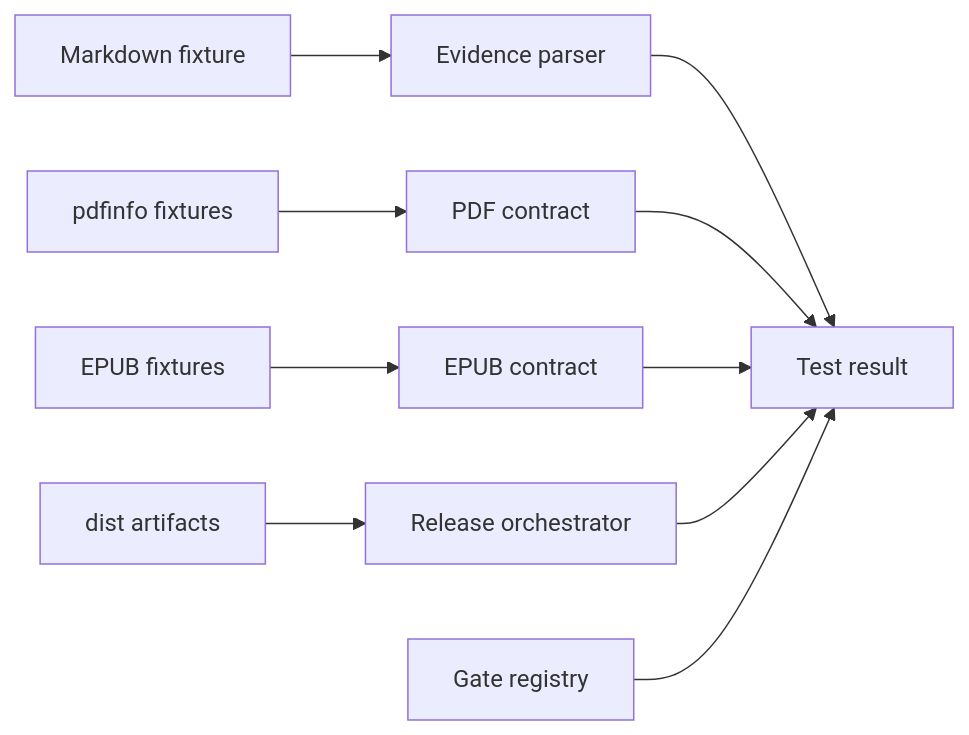
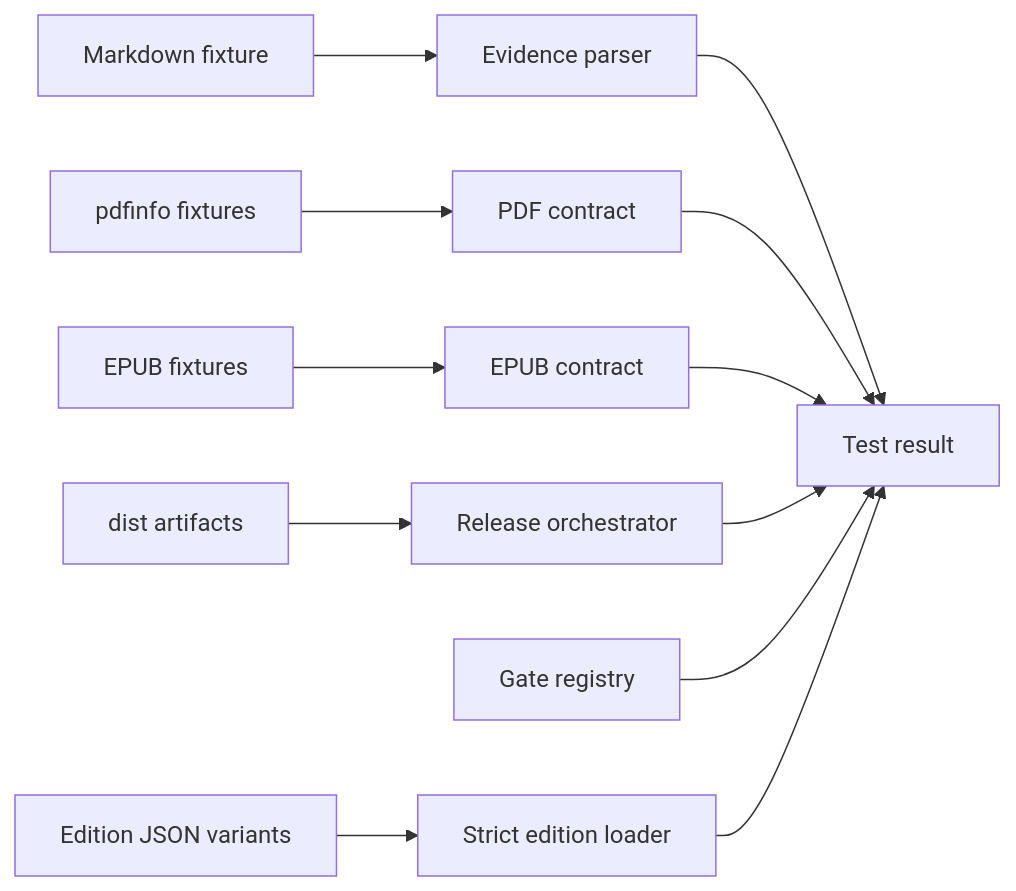
Before and after one commit to streamentry/streamentry: the fifth of 5 diagrams in tests/AGENTS.md, drawn with Mermaid. The commit also changed other lines of this file and 30 other files, not shown here.

````diff
--- a/tests/AGENTS.md
+++ b/tests/AGENTS.md
@@ -77,12 +90,14 @@
 ```mermaid
 flowchart LR
+  C["Edition JSON variants"] --> L["Strict edition loader"]
   M["Markdown fixture"] --> E["Evidence parser"]
   P["pdfinfo fixtures"] --> D["PDF contract"]
   X["EPUB fixtures"] --> U["EPUB contract"]
   A["dist artifacts"] --> V["Release orchestrator"]
   E --> R["Test result"]
   D --> R
   U --> R
   V --> R
   G["Gate registry"] --> R
+  L --> R
 ```
````
